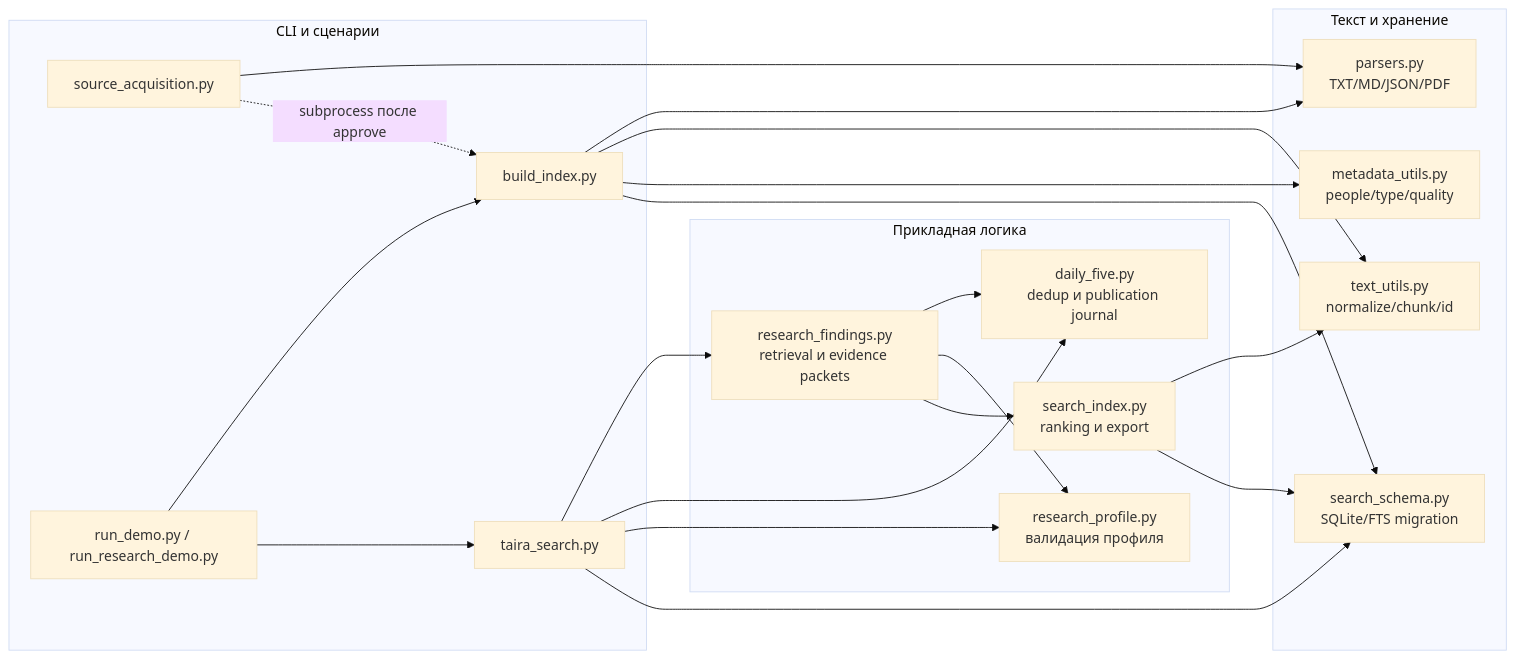
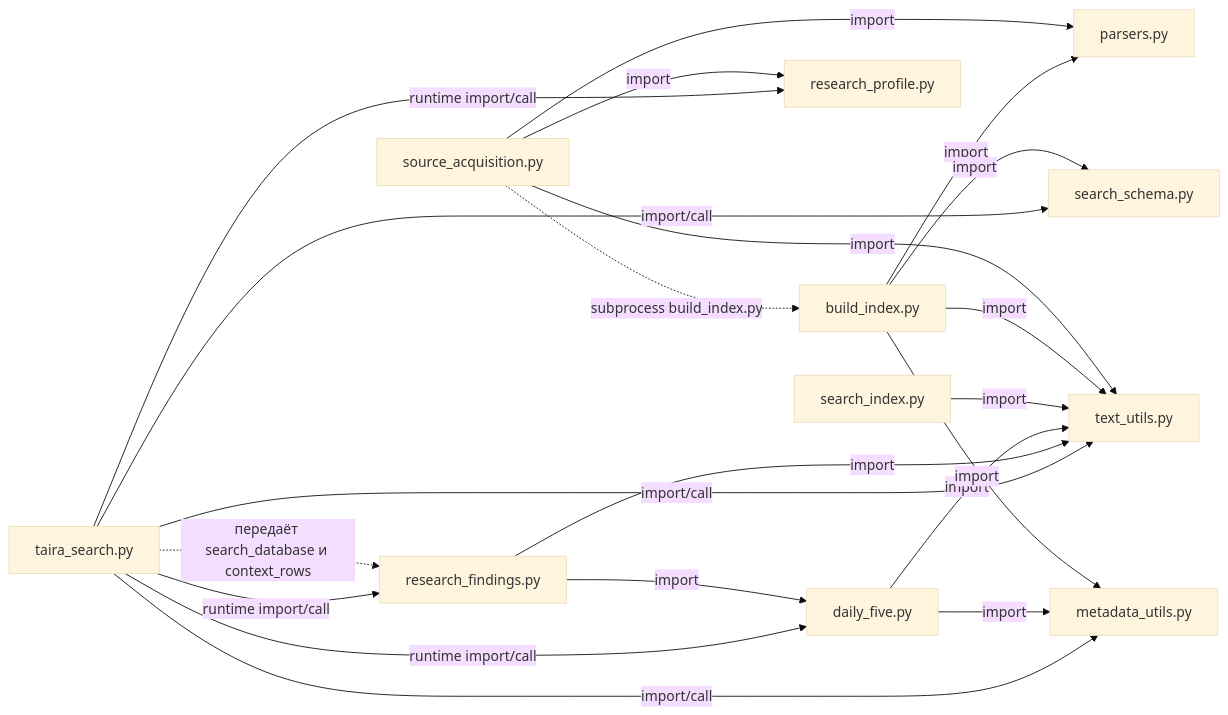
Before and after one commit to Shellyspike/TairaSearch: the third of 3 diagrams in docs/analysis/architecture.ru.md, drawn with Mermaid (base theme). The commit also changed other lines of this file, not shown here.

````diff
--- a/docs/analysis/architecture.ru.md
+++ b/docs/analysis/architecture.ru.md
@@ -144,41 +148,40 @@
 ```mermaid
 flowchart LR
-    subgraph entry["CLI и сценарии"]
-        ts["taira_search.py"]
-        bi["build_index.py"]
-        sa["source_acquisition.py"]
-        demo["run_demo.py / run_research_demo.py"]
-    end
+    ts["taira_search.py"]
+    rf["research_findings.py"]
+    df["daily_five.py"]
+    rp["research_profile.py"]
+    si["search_index.py"]
+    bi["build_index.py"]
+    sa["source_acquisition.py"]
+    parsers["parsers.py"]
+    schema["search_schema.py"]
+    meta["metadata_utils.py"]
+    text["text_utils.py"]
 
-    subgraph domain["Прикладная логика"]
-        rf["research_findings.py<br/>retrieval и evidence packets"]
-        df["daily_five.py<br/>dedup и publication journal"]
-        rp["research_profile.py<br/>валидация профиля"]
-        si["search_index.py<br/>ranking и export"]
-    end
+    ts -->|"import/call"| schema
+    ts -->|"import/call"| meta
+    ts -->|"import/call"| text
+    ts -->|"runtime import/call"| rf
+    ts -->|"runtime import/call"| rp
+    ts -->|"runtime import/call"| df
+    ts -.->|"передаёт search_database и context_rows"| rf
 
-    subgraph infra["Текст и хранение"]
-        parsers["parsers.py<br/>TXT/MD/JSON/PDF"]
-        text["text_utils.py<br/>normalize/chunk/id"]
-        meta["metadata_utils.py<br/>people/type/quality"]
-        schema["search_schema.py<br/>SQLite/FTS migration"]
-    end
+    rf -->|"import"| df
+    rf -->|"import"| text
 
-    ts --> rf
-    ts --> df
-    ts --> rp
-    ts --> schema
-    rf --> df
-    rf --> rp
-    rf --> si
-    bi --> parsers
-    bi --> text
-    bi --> meta
-    bi --> schema
-    si --> text
-    si --> schema
-    sa --> parsers
-    sa -.->|"subprocess после approve"| bi
-    demo --> bi
-    demo --> ts
+    df -->|"import"| meta
+    df -->|"import"| text
+
+    si -->|"import"| text
+
+    bi -->|"import"| parsers
+    bi -->|"import"| schema
+    bi -->|"import"| meta
+    bi -->|"import"| text
+
+    sa -->|"import"| parsers
+    sa -->|"import"| rp
+    sa -->|"import"| text
+    sa -.->|"subprocess build_index.py"| bi
 ```
````
